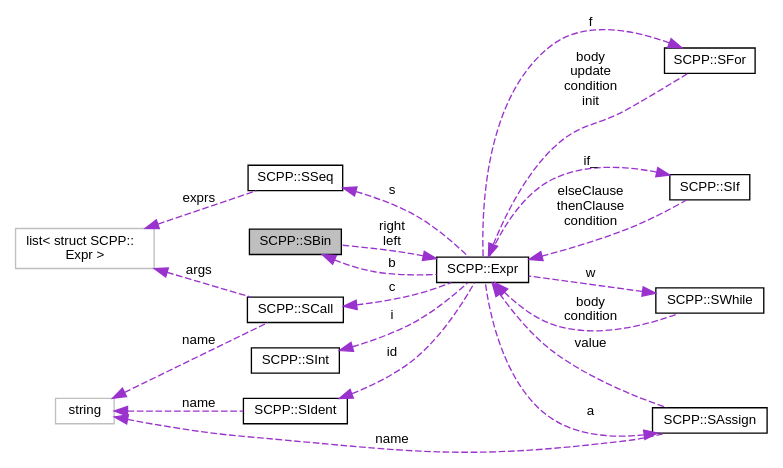
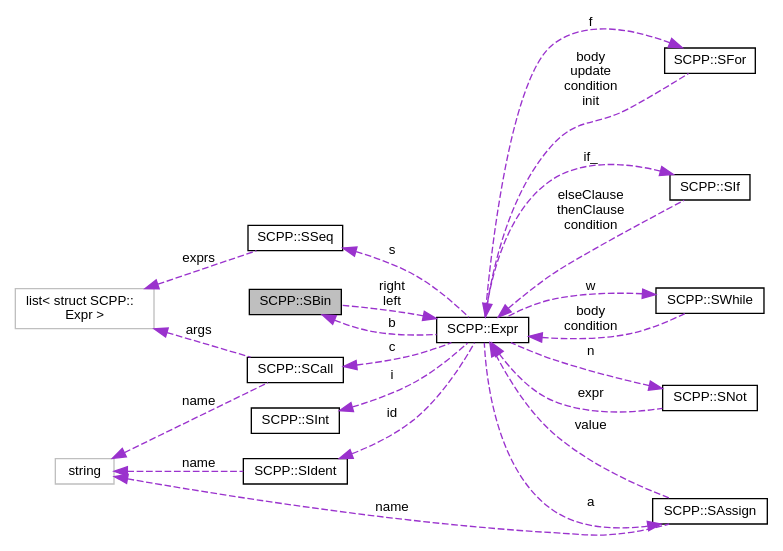
Before and after one commit to HiroKoni/scpp: the diagram in docs/structSCPP_1_1SBin__coll__graph.dot, drawn with Graphviz. The commit also changed 34 other files, not shown here.

```diff
--- a/docs/structSCPP_1_1SBin__coll__graph.dot
+++ b/docs/structSCPP_1_1SBin__coll__graph.dot
@@ -1,38 +1,41 @@
 digraph "SCPP::SBin"
 {
  // LATEX_PDF_SIZE
   edge [fontname="Helvetica",fontsize="10",labelfontname="Helvetica",labelfontsize="10"];
   node [fontname="Helvetica",fontsize="10",shape=record];
   rankdir="LR";
   Node1 [label="SCPP::SBin",height=0.2,width=0.4,color="black", fillcolor="grey75", style="filled", fontcolor="black",tooltip=" "];
   Node2 -> Node1 [dir="back",color="darkorchid3",fontsize="10",style="dashed",label=" right\nleft" ,fontname="Helvetica"];
   Node2 [label="SCPP::Expr",height=0.2,width=0.4,color="black", fillcolor="white", style="filled",URL="$structSCPP_1_1Expr.html",tooltip="式を表す構造体"];
   Node3 -> Node2 [dir="back",color="darkorchid3",fontsize="10",style="dashed",label=" f" ,fontname="Helvetica"];
   Node3 [label="SCPP::SFor",height=0.2,width=0.4,color="black", fillcolor="white", style="filled",URL="$structSCPP_1_1SFor.html",tooltip=" "];
   Node2 -> Node3 [dir="back",color="darkorchid3",fontsize="10",style="dashed",label=" body\nupdate\ncondition\ninit" ,fontname="Helvetica"];
   Node4 -> Node2 [dir="back",color="darkorchid3",fontsize="10",style="dashed",label=" if_" ,fontname="Helvetica"];
   Node4 [label="SCPP::SIf",height=0.2,width=0.4,color="black", fillcolor="white", style="filled",URL="$structSCPP_1_1SIf.html",tooltip=" "];
   Node2 -> Node4 [dir="back",color="darkorchid3",fontsize="10",style="dashed",label=" elseClause\nthenClause\ncondition" ,fontname="Helvetica"];
   Node1 -> Node2 [dir="back",color="darkorchid3",fontsize="10",style="dashed",label=" b" ,fontname="Helvetica"];
   Node5 -> Node2 [dir="back",color="darkorchid3",fontsize="10",style="dashed",label=" id" ,fontname="Helvetica"];
   Node5 [label="SCPP::SIdent",height=0.2,width=0.4,color="black", fillcolor="white", style="filled",URL="$structSCPP_1_1SIdent.html",tooltip=" "];
   Node6 -> Node5 [dir="back",color="darkorchid3",fontsize="10",style="dashed",label=" name" ,fontname="Helvetica"];
   Node6 [label="string",height=0.2,width=0.4,color="grey75", fillcolor="white", style="filled",tooltip=" "];
   Node7 -> Node2 [dir="back",color="darkorchid3",fontsize="10",style="dashed",label=" w" ,fontname="Helvetica"];
   Node7 [label="SCPP::SWhile",height=0.2,width=0.4,color="black", fillcolor="white", style="filled",URL="$structSCPP_1_1SWhile.html",tooltip=" "];
   Node2 -> Node7 [dir="back",color="darkorchid3",fontsize="10",style="dashed",label=" body\ncondition" ,fontname="Helvetica"];
   Node8 -> Node2 [dir="back",color="darkorchid3",fontsize="10",style="dashed",label=" s" ,fontname="Helvetica"];
   Node8 [label="SCPP::SSeq",height=0.2,width=0.4,color="black", fillcolor="white", style="filled",URL="$structSCPP_1_1SSeq.html",tooltip=" "];
   Node9 -> Node8 [dir="back",color="darkorchid3",fontsize="10",style="dashed",label=" exprs" ,fontname="Helvetica"];
   Node9 [label="list\< struct SCPP::\lExpr \>",height=0.2,width=0.4,color="grey75", fillcolor="white", style="filled",tooltip=" "];
   Node10 -> Node2 [dir="back",color="darkorchid3",fontsize="10",style="dashed",label=" i" ,fontname="Helvetica"];
   Node10 [label="SCPP::SInt",height=0.2,width=0.4,color="black", fillcolor="white", style="filled",URL="$structSCPP_1_1SInt.html",tooltip=" "];
-  Node11 -> Node2 [dir="back",color="darkorchid3",fontsize="10",style="dashed",label=" a" ,fontname="Helvetica"];
-  Node11 [label="SCPP::SAssign",height=0.2,width=0.4,color="black", fillcolor="white", style="filled",URL="$structSCPP_1_1SAssign.html",tooltip=" "];
-  Node6 -> Node11 [dir="back",color="darkorchid3",fontsize="10",style="dashed",label=" name" ,fontname="Helvetica"];
-  Node2 -> Node11 [dir="back",color="darkorchid3",fontsize="10",style="dashed",label=" value" ,fontname="Helvetica"];
-  Node12 -> Node2 [dir="back",color="darkorchid3",fontsize="10",style="dashed",label=" c" ,fontname="Helvetica"];
-  Node12 [label="SCPP::SCall",height=0.2,width=0.4,color="black", fillcolor="white", style="filled",URL="$structSCPP_1_1SCall.html",tooltip=" "];
-  Node9 -> Node12 [dir="back",color="darkorchid3",fontsize="10",style="dashed",label=" args" ,fontname="Helvetica"];
+  Node11 -> Node2 [dir="back",color="darkorchid3",fontsize="10",style="dashed",label=" n" ,fontname="Helvetica"];
+  Node11 [label="SCPP::SNot",height=0.2,width=0.4,color="black", fillcolor="white", style="filled",URL="$structSCPP_1_1SNot.html",tooltip=" "];
+  Node2 -> Node11 [dir="back",color="darkorchid3",fontsize="10",style="dashed",label=" expr" ,fontname="Helvetica"];
+  Node12 -> Node2 [dir="back",color="darkorchid3",fontsize="10",style="dashed",label=" a" ,fontname="Helvetica"];
+  Node12 [label="SCPP::SAssign",height=0.2,width=0.4,color="black", fillcolor="white", style="filled",URL="$structSCPP_1_1SAssign.html",tooltip=" "];
   Node6 -> Node12 [dir="back",color="darkorchid3",fontsize="10",style="dashed",label=" name" ,fontname="Helvetica"];
+  Node2 -> Node12 [dir="back",color="darkorchid3",fontsize="10",style="dashed",label=" value" ,fontname="Helvetica"];
+  Node13 -> Node2 [dir="back",color="darkorchid3",fontsize="10",style="dashed",label=" c" ,fontname="Helvetica"];
+  Node13 [label="SCPP::SCall",height=0.2,width=0.4,color="black", fillcolor="white", style="filled",URL="$structSCPP_1_1SCall.html",tooltip=" "];
+  Node9 -> Node13 [dir="back",color="darkorchid3",fontsize="10",style="dashed",label=" args" ,fontname="Helvetica"];
+  Node6 -> Node13 [dir="back",color="darkorchid3",fontsize="10",style="dashed",label=" name" ,fontname="Helvetica"];
 }
```
